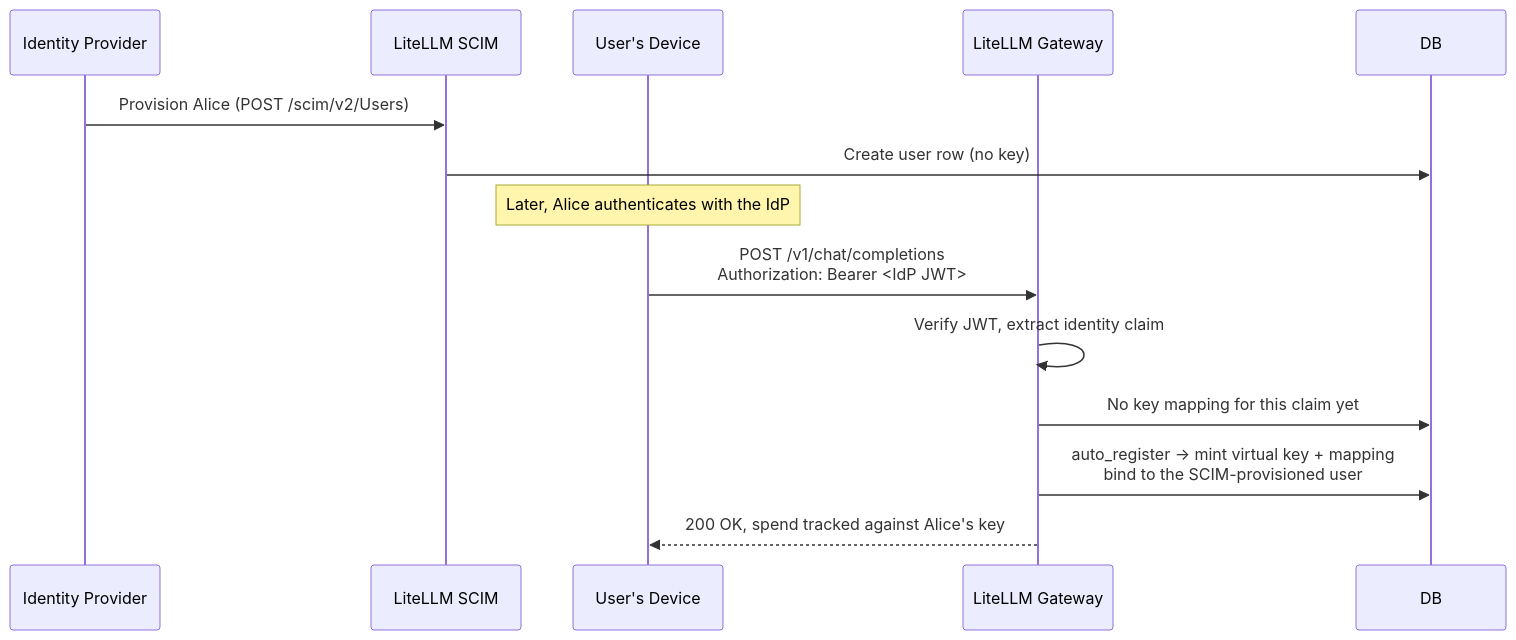
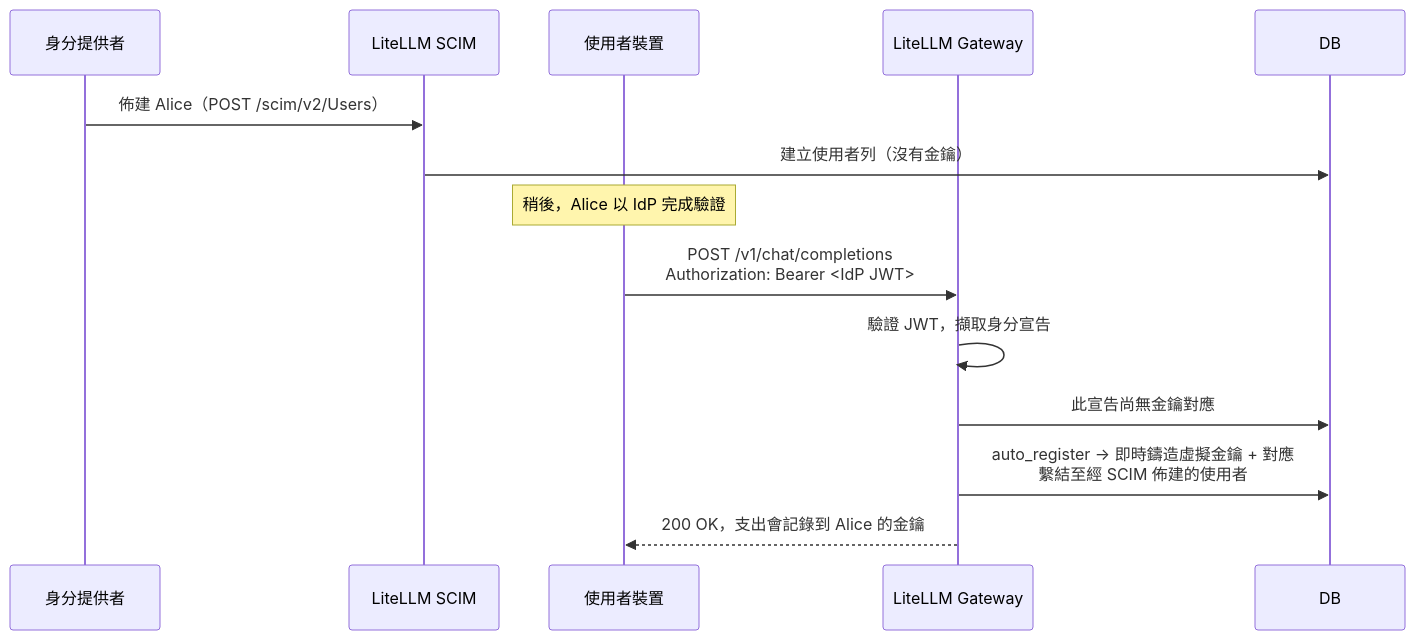
One commit to doggy8088/litellm-docs changed the diagram in docs/proxy/identity_provisioning.md. Above: the diagram before and after it, drawn with Mermaid. The commit also changed other lines of this file and 1957 other files, not shown here.

````diff
--- a/docs/proxy/identity_provisioning.md
+++ b/docs/proxy/identity_provisioning.md
@@ -24,17 +24,17 @@
 ```mermaid
 sequenceDiagram
-    participant IdP as Identity Provider
+    participant IdP as 身分提供者
     participant SCIM as LiteLLM SCIM
-    participant Device as User's Device
+    participant Device as 使用者裝置
     participant Proxy as LiteLLM Gateway
     participant DB as DB
 
-    IdP->>SCIM: Provision Alice (POST /scim/v2/Users)
-    SCIM->>DB: Create user row (no key)
-    Note over Device: Later, Alice authenticates with the IdP
+    IdP->>SCIM: 佈建 Alice（POST /scim/v2/Users）
+    SCIM->>DB: 建立使用者列（沒有金鑰）
+    Note over Device: 稍後，Alice 以 IdP 完成驗證
     Device->>Proxy: POST /v1/chat/completions<br/>Authorization: Bearer <IdP JWT>
-    Proxy->>Proxy: Verify JWT, extract identity claim
-    Proxy->>DB: No key mapping for this claim yet
-    Proxy->>DB: auto_register -> mint virtual key + mapping<br/>bind to the SCIM-provisioned user
-    Proxy-->>Device: 200 OK, spend tracked against Alice's key
+    Proxy->>Proxy: 驗證 JWT，擷取身分宣告
+    Proxy->>DB: 此宣告尚無金鑰對應
+    Proxy->>DB: auto_register -> 即時鑄造虛擬金鑰 + 對應<br/>繫結至經 SCIM 佈建的使用者
+    Proxy-->>Device: 200 OK，支出會記錄到 Alice 的金鑰
 ```
````
